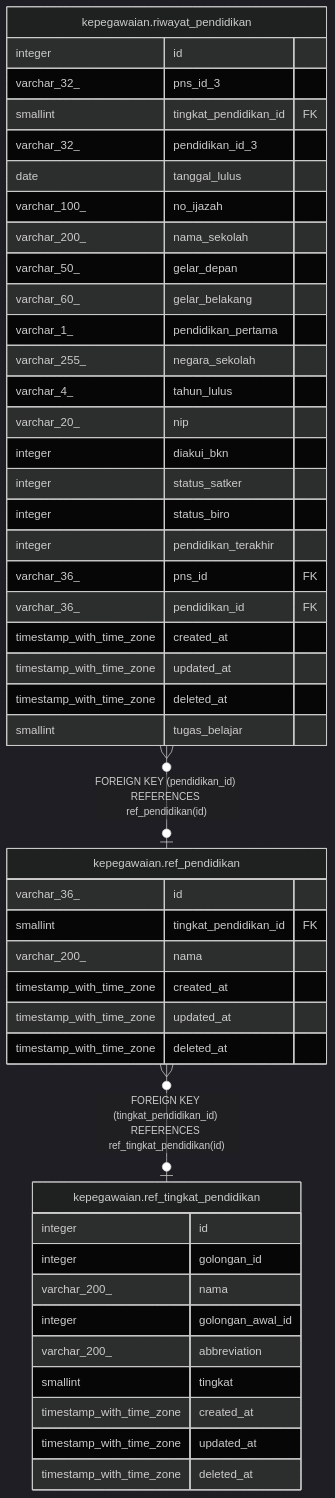
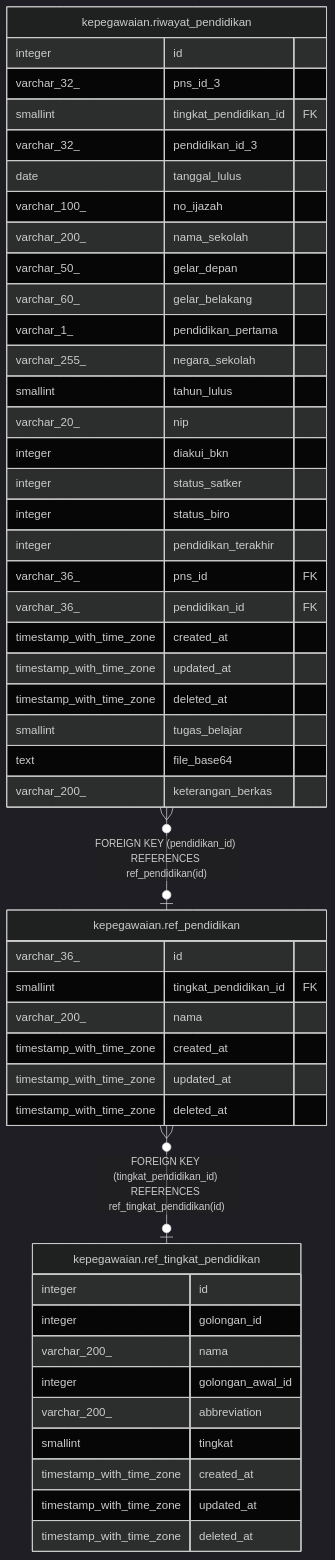
The diagram in services/kepegawaian/docs/db/kepegawaian.ref_pendidikan.md (nandanugg/triforce.nvim), drawn with Mermaid (dark theme) before and after one commit. The commit also changed 31 other files, not shown here.

````diff
--- a/services/kepegawaian/docs/db/kepegawaian.ref_pendidikan.md
+++ b/services/kepegawaian/docs/db/kepegawaian.ref_pendidikan.md
@@ -31,51 +31,53 @@
 ```mermaid
 erDiagram
 
 "kepegawaian.riwayat_pendidikan" }o--o| "kepegawaian.ref_pendidikan" : "FOREIGN KEY (pendidikan_id) REFERENCES ref_pendidikan(id)"
 "kepegawaian.ref_pendidikan" }o--o| "kepegawaian.ref_tingkat_pendidikan" : "FOREIGN KEY (tingkat_pendidikan_id) REFERENCES ref_tingkat_pendidikan(id)"
 
 "kepegawaian.ref_pendidikan" {
   varchar_36_ id
   smallint tingkat_pendidikan_id FK
   varchar_200_ nama
   timestamp_with_time_zone created_at
   timestamp_with_time_zone updated_at
   timestamp_with_time_zone deleted_at
 }
 "kepegawaian.riwayat_pendidikan" {
   integer id
   varchar_32_ pns_id_3
   smallint tingkat_pendidikan_id FK
   varchar_32_ pendidikan_id_3
   date tanggal_lulus
   varchar_100_ no_ijazah
   varchar_200_ nama_sekolah
   varchar_50_ gelar_depan
   varchar_60_ gelar_belakang
   varchar_1_ pendidikan_pertama
   varchar_255_ negara_sekolah
-  varchar_4_ tahun_lulus
+  smallint tahun_lulus
   varchar_20_ nip
   integer diakui_bkn
   integer status_satker
   integer status_biro
   integer pendidikan_terakhir
   varchar_36_ pns_id FK
   varchar_36_ pendidikan_id FK
   timestamp_with_time_zone created_at
   timestamp_with_time_zone updated_at
   timestamp_with_time_zone deleted_at
   smallint tugas_belajar
+  text file_base64
+  varchar_200_ keterangan_berkas
 }
 "kepegawaian.ref_tingkat_pendidikan" {
   integer id
   integer golongan_id
   varchar_200_ nama
   integer golongan_awal_id
   varchar_200_ abbreviation
   smallint tingkat
   timestamp_with_time_zone created_at
   timestamp_with_time_zone updated_at
   timestamp_with_time_zone deleted_at
 }
 ```
````
